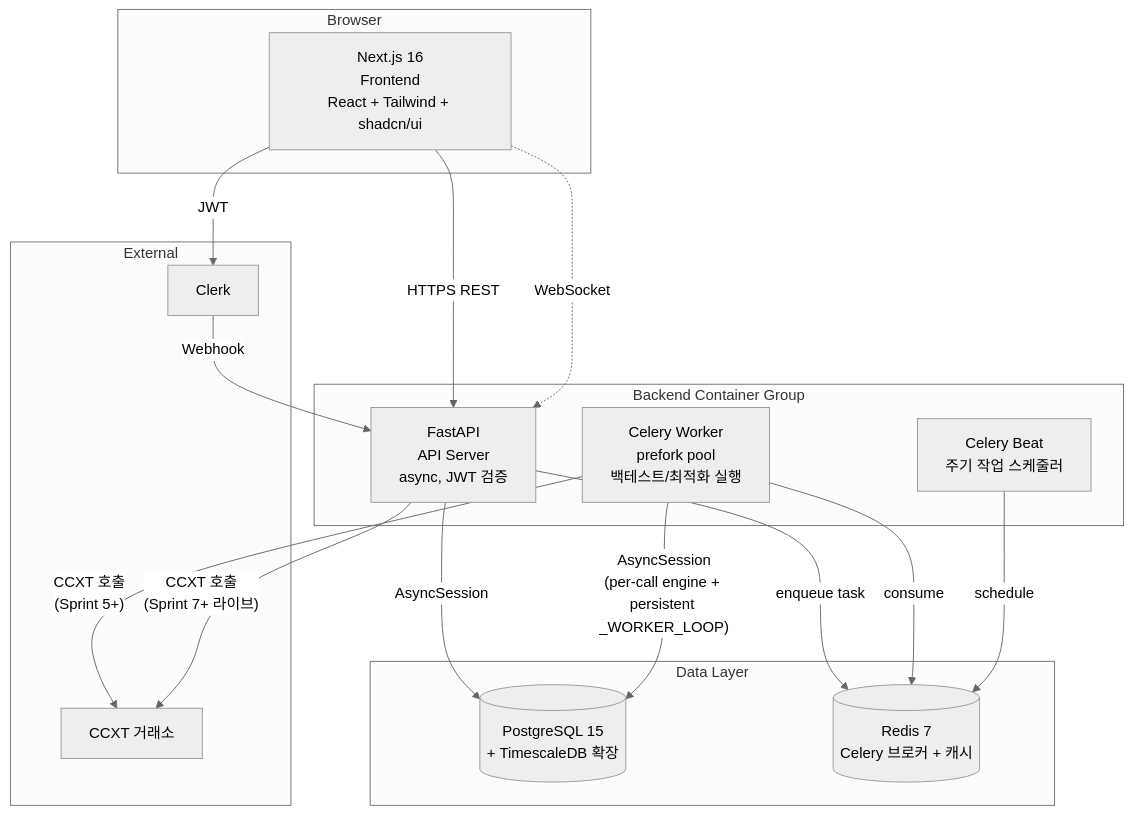
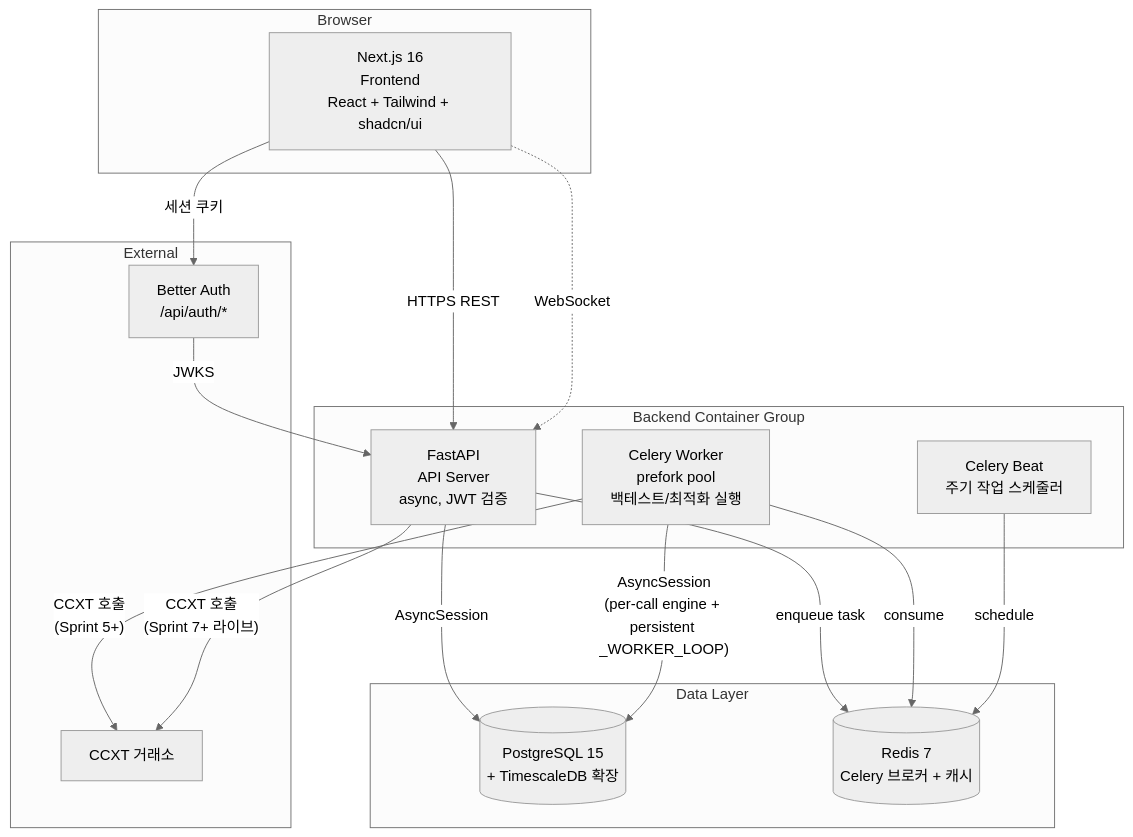
One commit to woosung-dev/quantbridge changed the second of 7 diagrams in docs/reference/architecture/system-architecture.md. Above: the diagram before and after it, drawn with Mermaid (neutral theme). The commit also changed other lines of this file and 23 other files, not shown here.

````diff
--- a/docs/reference/architecture/system-architecture.md
+++ b/docs/reference/architecture/system-architecture.md
@@ -38,37 +38,37 @@
 ```mermaid
 flowchart TB
     subgraph Browser["Browser"]
         FE[Next.js 16\nFrontend\nReact + Tailwind + shadcn/ui]
     end
 
     subgraph Backend["Backend Container Group"]
         API[FastAPI\nAPI Server\nasync, JWT 검증]
         Worker[Celery Worker\nprefork pool\n백테스트/최적화 실행]
         Beat[Celery Beat\n주기 작업 스케줄러]
     end
 
     subgraph Data["Data Layer"]
         DB[(PostgreSQL 15\n+ TimescaleDB 확장)]
         Redis[(Redis 7\nCelery 브로커 + 캐시)]
     end
 
     subgraph External["External"]
-        Clerk[Clerk]
+        Auth[Better Auth\n/api/auth/*]
         Exch[CCXT 거래소]
     end
 
     FE -- HTTPS REST --> API
     FE -. WebSocket .-> API
-    FE -- JWT --> Clerk
-    Clerk -- Webhook --> API
+    FE -- 세션 쿠키 --> Auth
+    Auth -- JWKS --> API
 
     API -- AsyncSession --> DB
     API -- enqueue task --> Redis
 
     Worker -- consume --> Redis
     Worker -- AsyncSession\n(per-call engine + persistent _WORKER_LOOP) --> DB
     Beat -- schedule --> Redis
 
     Worker -- CCXT 호출\n(Sprint 5+) --> Exch
     API -- CCXT 호출\n(Sprint 7+ 라이브) --> Exch
 ```
````
